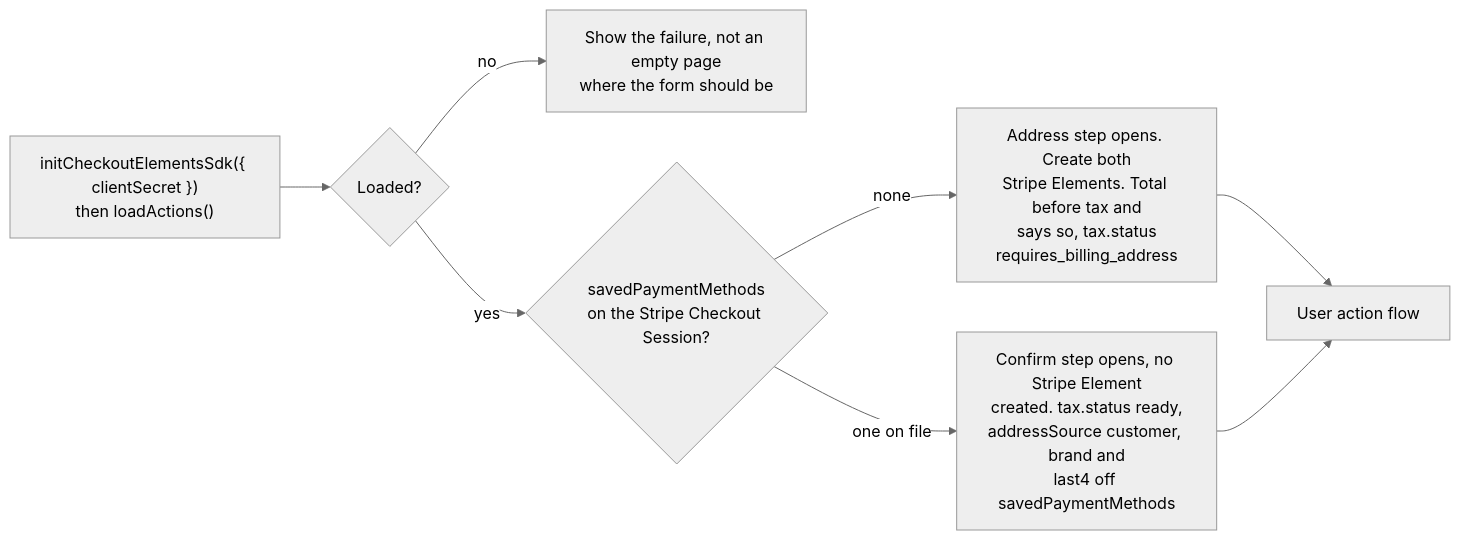
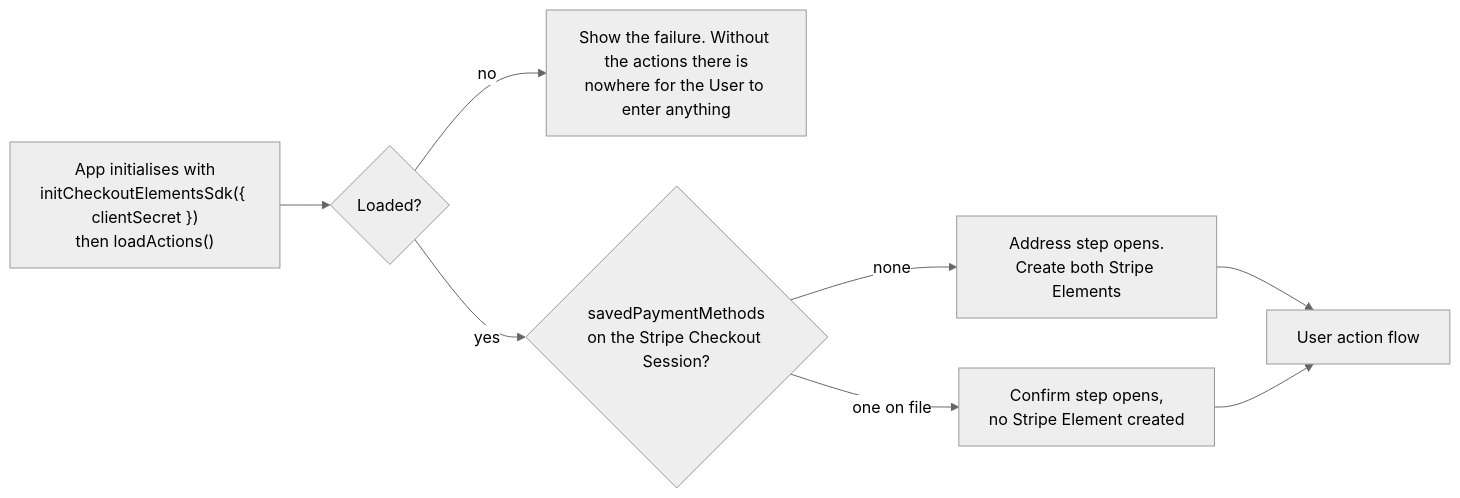
The second of 2 diagrams in public/specs/flows/subscription/stripe/Create1Load.md (websanova/starter-flows), drawn with Mermaid (neutral theme) before and after one commit. The commit also changed other lines of this file and 1 other file, not shown here.

Commit message:
Updates on stripe create phase 1 flow.

````diff
--- a/public/specs/flows/subscription/stripe/Create1Load.md
+++ b/public/specs/flows/subscription/stripe/Create1Load.md
@@ -94,10 +80,10 @@
 ```mermaid
 flowchart LR
-    G["initCheckoutElementsSdk({ clientSecret })<br/>then loadActions()"] --> I{Loaded?}
-    I -->|no| I1[Show the failure, not an empty page<br/>where the form should be]
+    G["App initialises with<br/>initCheckoutElementsSdk({ clientSecret })<br/>then loadActions()"] --> I{Loaded?}
+    I -->|no| I1[Show the failure. Without the actions there is<br/>nowhere for the User to enter anything]
     I -->|yes| I3{savedPaymentMethods<br/>on the Stripe Checkout Session?}
-    I3 -->|"none"| J["Address step opens. Create both<br/>Stripe Elements. Total before tax and<br/>says so, tax.status<br/>requires_billing_address"]
-    I3 -->|"one on file"| M1["Confirm step opens, no Stripe Element<br/>created. tax.status ready,<br/>addressSource customer, brand and<br/>last4 off savedPaymentMethods"]
+    I3 -->|"none"| J["Address step opens.<br/>Create both Stripe Elements"]
+    I3 -->|"one on file"| M1["Confirm step opens,<br/>no Stripe Element created"]
     J --> U[User action flow]
     M1 --> U
 ```
````
